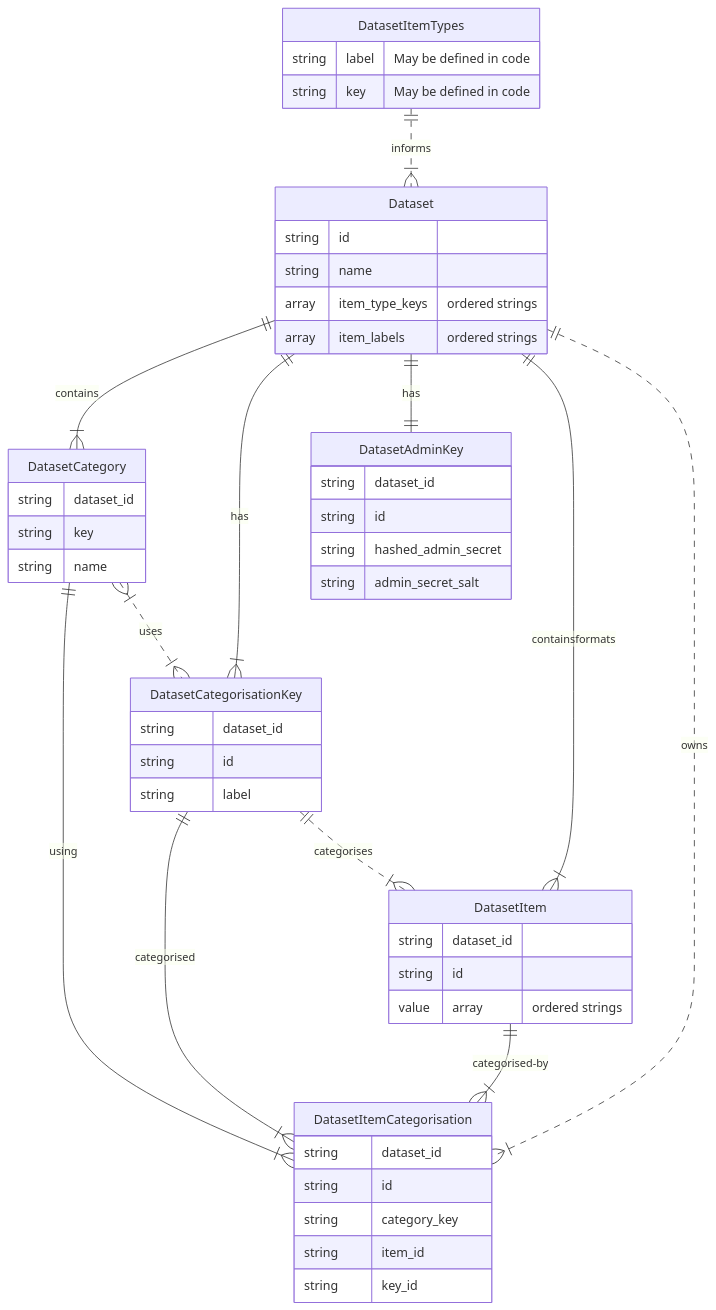
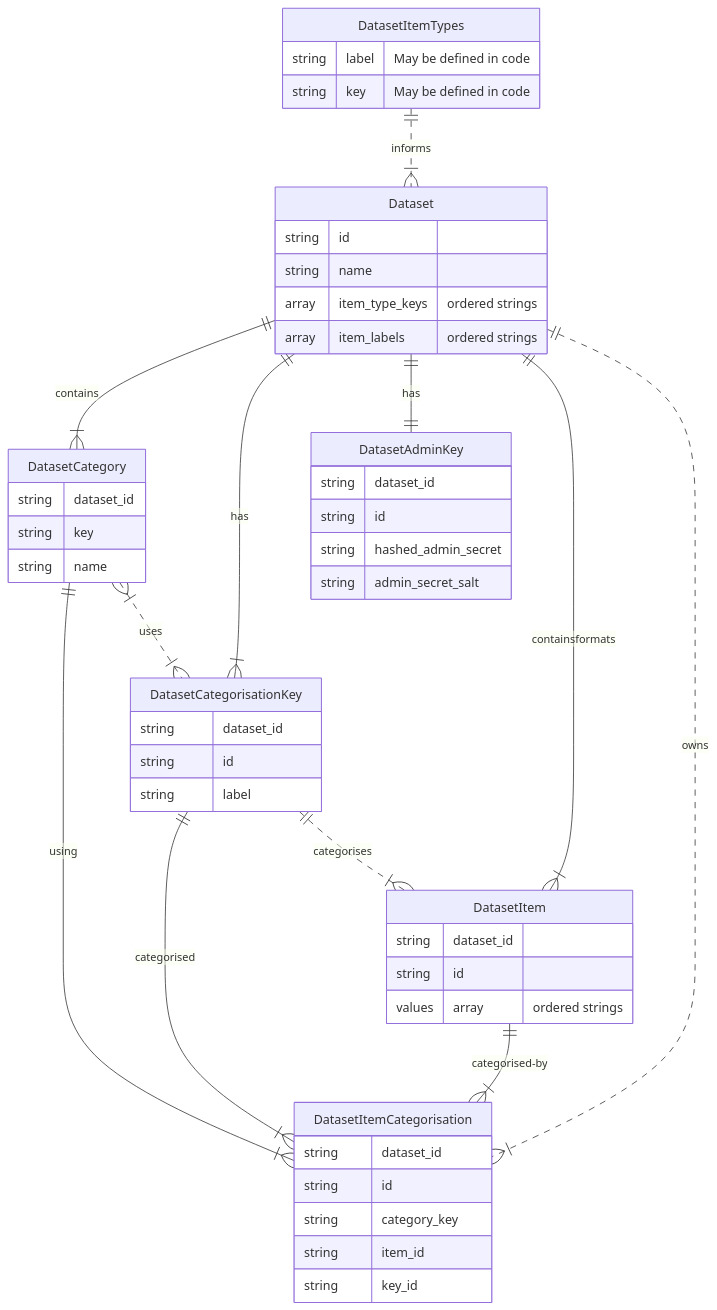
Before and after one commit to LeeMartin77/quickcategory: the diagram in README.md, drawn with Mermaid. The commit also changed 8 other files, not shown here.

````diff
--- a/README.md
+++ b/README.md
@@ -9,52 +9,52 @@
 ```mermaid
 erDiagram
   DatasetItemTypes {
     string label "May be defined in code"
     string key "May be defined in code"
   }
   DatasetAdminKey {
     string dataset_id
     string id
     string hashed_admin_secret
     string admin_secret_salt
   }
   DatasetCategorisationKey {
     string dataset_id
     string id
     string label
   }
   Dataset {
     string id
     string name
     array item_type_keys "ordered strings"
     array item_labels "ordered strings"
   }
   DatasetCategory {
     string dataset_id
     string key
     string name
   }
   DatasetItemCategorisation {
     string dataset_id
     string id
     string category_key
     string item_id
     string key_id
   }
   DatasetItem {
     string dataset_id
     string id
-    value array "ordered strings"
+    values array "ordered strings"
   }
   Dataset ||--|{ DatasetCategory : contains
   Dataset ||--|{ DatasetCategorisationKey : has
   Dataset ||--|| DatasetAdminKey : has
   Dataset ||--|{ DatasetItem : containsformats
   Dataset ||..|{ DatasetItemCategorisation : owns
   DatasetItem ||--|{ DatasetItemCategorisation : categorised-by
   DatasetCategory ||--|{ DatasetItemCategorisation : using
   DatasetCategorisationKey ||--|{ DatasetItemCategorisation : categorised
   DatasetItemTypes ||..|{ Dataset : informs
   DatasetCategory }|..|{ DatasetCategorisationKey : uses
   DatasetCategorisationKey ||..|{ DatasetItem : categorises
 ```
````
